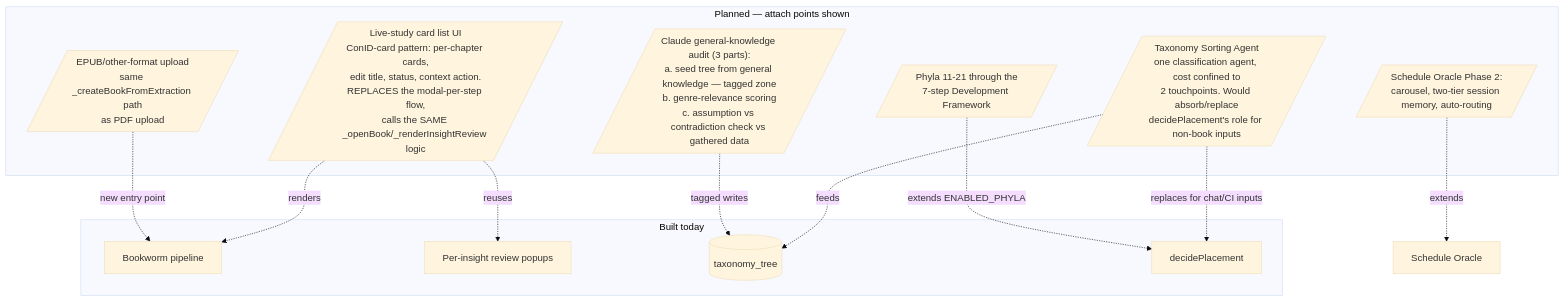
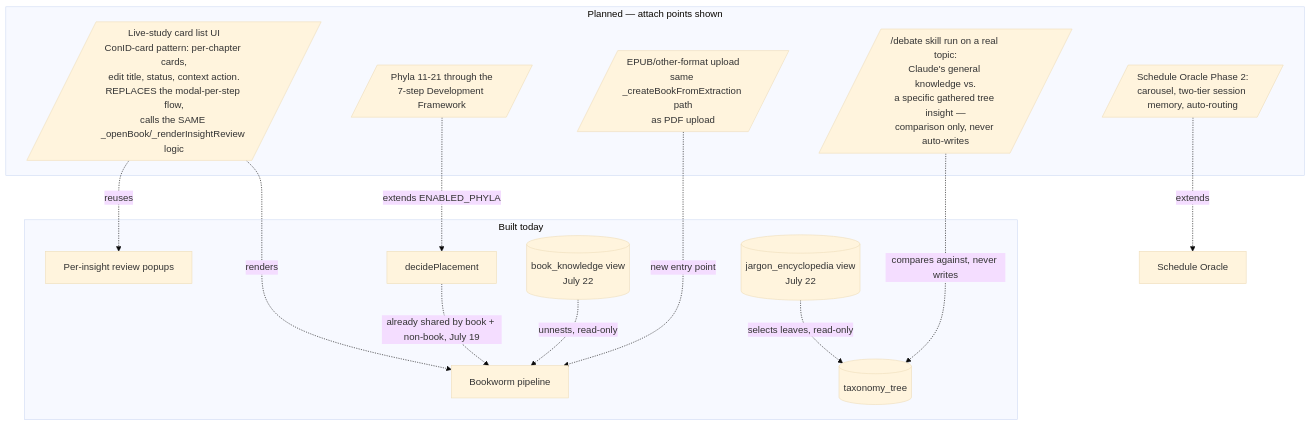
One commit to acesanyabeats-web/RPGACE changed the ninth of 10 diagrams in system_flow_map.md. Above: the diagram before and after it, drawn with Mermaid (base theme). The commit also changed other lines of this file and 4 other files, not shown here.

````diff
--- a/system_flow_map.md
+++ b/system_flow_map.md
@@ -276,27 +276,29 @@
 ```mermaid
 flowchart TD
     subgraph BUILT[Built today]
         BWPIPE[Bookworm pipeline]
         RVW[Per-insight review popups]
         TREE[(taxonomy_tree)]
         DP[decidePlacement]
+        BK[(book_knowledge view<br/>July 22)]
+        JE[(jargon_encyclopedia view<br/>July 22)]
     end
 
     subgraph PLANNED[Planned — attach points shown]
         CARDS[/"Live-study card list UI<br/>ConID-card pattern: per-chapter cards,<br/>edit title, status, context action.<br/>REPLACES the modal-per-step flow,<br/>calls the SAME _openBook/_renderInsightReview logic"/]
-        TSA[/"Taxonomy Sorting Agent<br/>one classification agent, cost confined to<br/>2 touchpoints. Would absorb/replace<br/>decidePlacement's role for non-book inputs"/]
-        AUDIT[/"Claude general-knowledge audit (3 parts):<br/>a. seed tree from general knowledge — tagged zone<br/>b. genre-relevance scoring<br/>c. assumption vs contradiction check vs gathered data"/]
+        DEBATE[/"/debate skill run on a real topic:<br/>Claude's general knowledge vs.<br/>a specific gathered tree insight —<br/>comparison only, never auto-writes"/]
         F12[/"Schedule Oracle Phase 2:<br/>carousel, two-tier session memory, auto-routing"/]
         PHYLA11[/"Phyla 11-21 through the<br/>7-step Development Framework"/]
         EPUB[/"EPUB/other-format upload<br/>same _createBookFromExtraction path<br/>as PDF upload"/]
     end
 
     CARDS -.->|renders| BWPIPE
     CARDS -.->|reuses| RVW
-    TSA -.->|feeds| TREE
-    TSA -.->|replaces for chat/CI inputs| DP
-    AUDIT -.->|tagged writes| TREE
+    DP -.->|already shared by book + non-book, July 19| BWPIPE
+    BK -.->|unnests, read-only| BWPIPE
+    JE -.->|selects leaves, read-only| TREE
+    DEBATE -.->|compares against, never writes| TREE
     PHYLA11 -.->|extends ENABLED_PHYLA| DP
     EPUB -.->|new entry point| BWPIPE
     F12 -.->|extends| SO2[Schedule Oracle]
 ```
````
